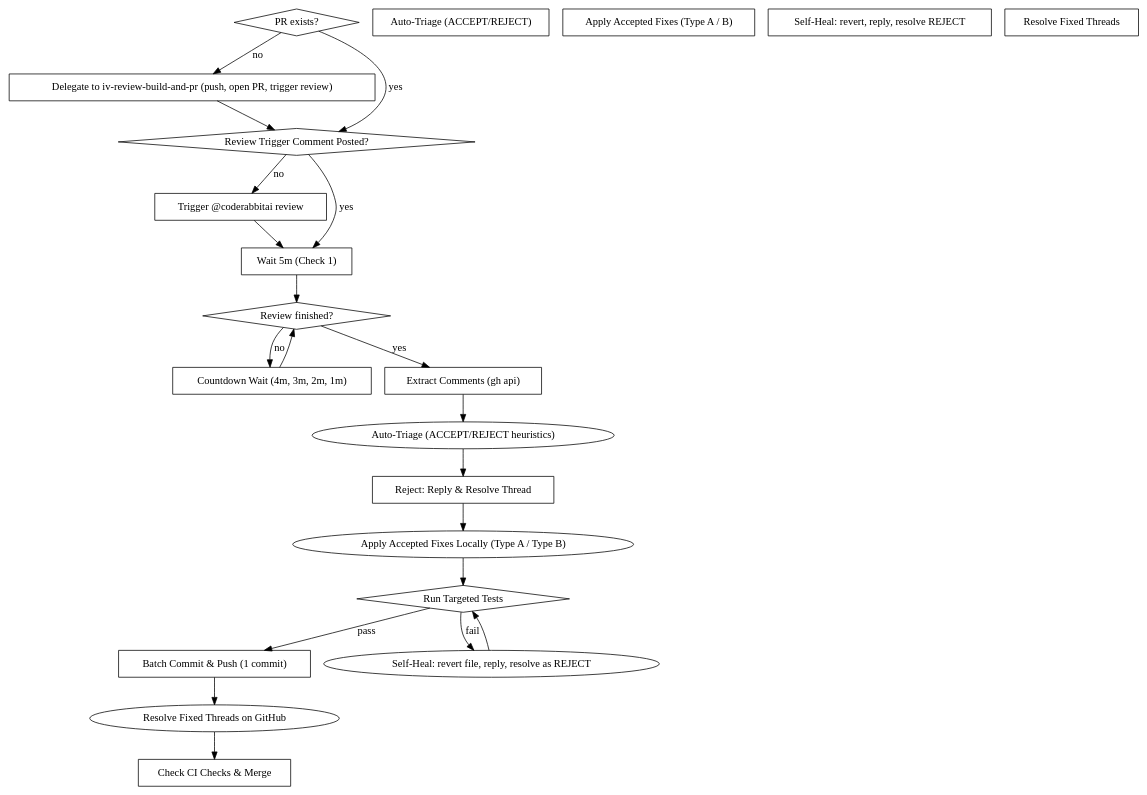
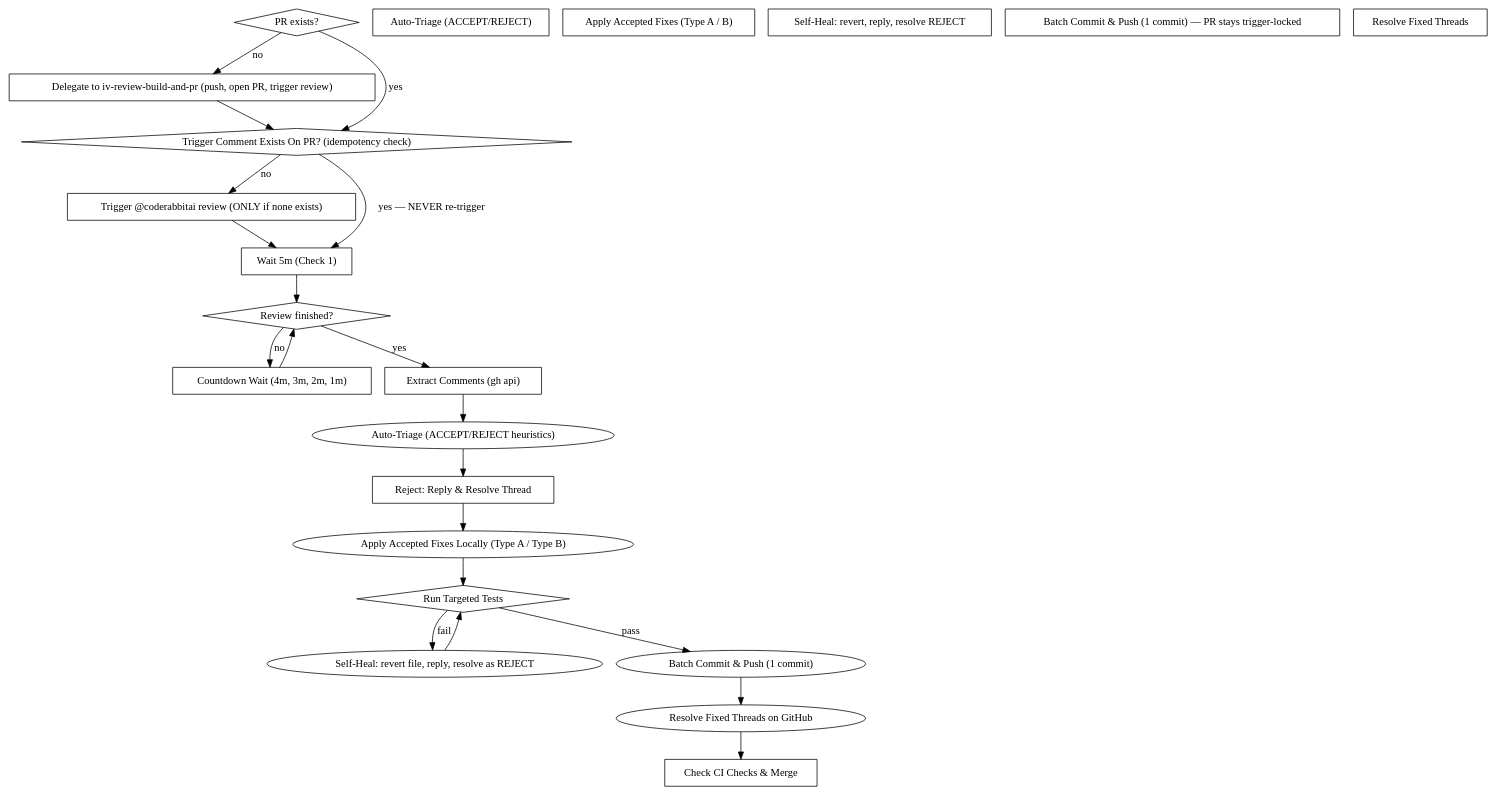
One commit to AI-Degen-69/issue-to-pr-skills changed the diagram in skills/v-babysit-pr-and-merge/SKILL.md. Above: the diagram before and after it, drawn with Graphviz. The commit also changed other lines of this file and 64 other files, not shown here.

````diff
--- a/skills/v-babysit-pr-and-merge/SKILL.md
+++ b/skills/v-babysit-pr-and-merge/SKILL.md
@@ -51,40 +51,40 @@
 ```dot
 digraph babysit_pr_and_merge {
     "PR exists?" [shape=diamond];
     "Delegate to iv-review-build-and-pr (push, open PR, trigger review)" [shape=box];
-    "Review Trigger Comment Posted?" [shape=diamond];
-    "Trigger @coderabbitai review" [shape=box];
+    "Trigger Comment Exists On PR? (idempotency check)" [shape=diamond];
+    "Trigger @coderabbitai review (ONLY if none exists)" [shape=box];
     "Wait 5m (Check 1)" [shape=box];
     "Review finished?" [shape=diamond];
     "Countdown Wait (4m, 3m, 2m, 1m)" [shape=box];
     "Extract Comments (gh api)" [shape=box];
     "Auto-Triage (ACCEPT/REJECT)" [shape=box];
     "Reject: Reply & Resolve Thread" [shape=box];
     "Apply Accepted Fixes (Type A / B)" [shape=box];
     "Run Targeted Tests" [shape=diamond];
     "Self-Heal: revert, reply, resolve REJECT" [shape=box];
-    "Batch Commit & Push (1 commit)" [shape=box];
+    "Batch Commit & Push (1 commit) — PR stays trigger-locked" [shape=box];
     "Resolve Fixed Threads" [shape=box];
     "Check CI Checks & Merge" [shape=box];
 
     "PR exists?" -> "Delegate to iv-review-build-and-pr (push, open PR, trigger review)" [label="no"];
-    "PR exists?" -> "Review Trigger Comment Posted?" [label="yes"];
-    "Delegate to iv-review-build-and-pr (push, open PR, trigger review)" -> "Review Trigger Comment Posted?";
-    "Review Trigger Comment Posted?" -> "Trigger @coderabbitai review" [label="no"];
-    "Review Trigger Comment Posted?" -> "Wait 5m (Check 1)" [label="yes"];
-    "Trigger @coderabbitai review" -> "Wait 5m (Check 1)";
+    "PR exists?" -> "Trigger Comment Exists On PR? (idempotency check)" [label="yes"];
+    "Delegate to iv-review-build-and-pr (push, open PR, trigger review)" -> "Trigger Comment Exists On PR? (idempotency check)";
+    "Trigger Comment Exists On PR? (idempotency check)" -> "Trigger @coderabbitai review (ONLY if none exists)" [label="no"];
+    "Trigger Comment Exists On PR? (idempotency check)" -> "Wait 5m (Check 1)" [label="yes — NEVER re-trigger"];
+    "Trigger @coderabbitai review (ONLY if none exists)" -> "Wait 5m (Check 1)";
     "Wait 5m (Check 1)" -> "Review finished?";
     "Review finished?" -> "Countdown Wait (4m, 3m, 2m, 1m)" [label="no"];
     "Countdown Wait (4m, 3m, 2m, 1m)" -> "Review finished?";
     "Review finished?" -> "Extract Comments (gh api)" [label="yes"];
     "Extract Comments (gh api)" -> "Auto-Triage (ACCEPT/REJECT heuristics)";
     "Auto-Triage (ACCEPT/REJECT heuristics)" -> "Reject: Reply & Resolve Thread";
     "Reject: Reply & Resolve Thread" -> "Apply Accepted Fixes Locally (Type A / Type B)";
     "Apply Accepted Fixes Locally (Type A / Type B)" -> "Run Targeted Tests";
     "Run Targeted Tests" -> "Self-Heal: revert file, reply, resolve as REJECT" [label="fail"];
     "Self-Heal: revert file, reply, resolve as REJECT" -> "Run Targeted Tests";
     "Run Targeted Tests" -> "Batch Commit & Push (1 commit)" [label="pass"];
     "Batch Commit & Push (1 commit)" -> "Resolve Fixed Threads on GitHub";
     "Resolve Fixed Threads on GitHub" -> "Check CI Checks & Merge";
 }
 ```
````
